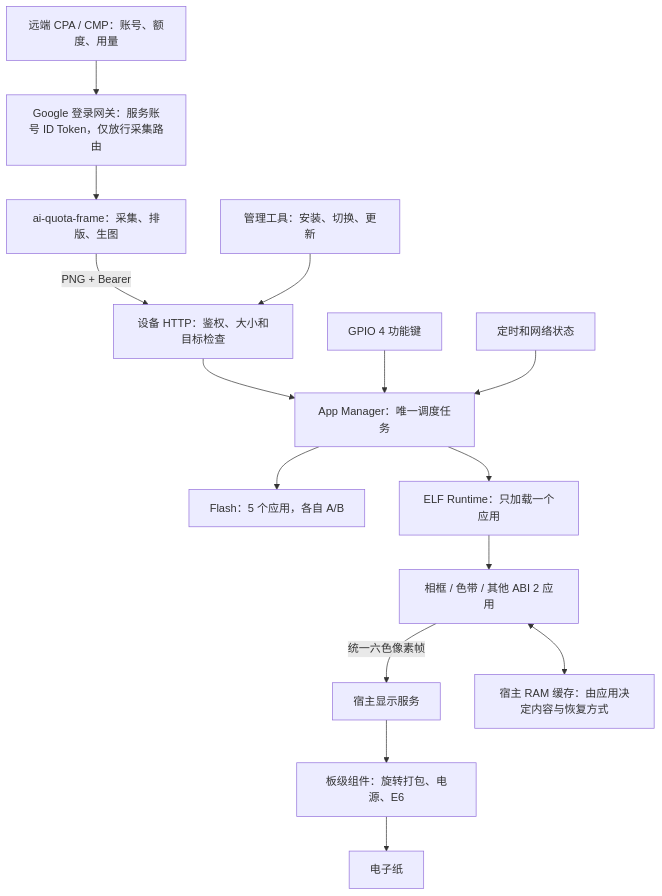
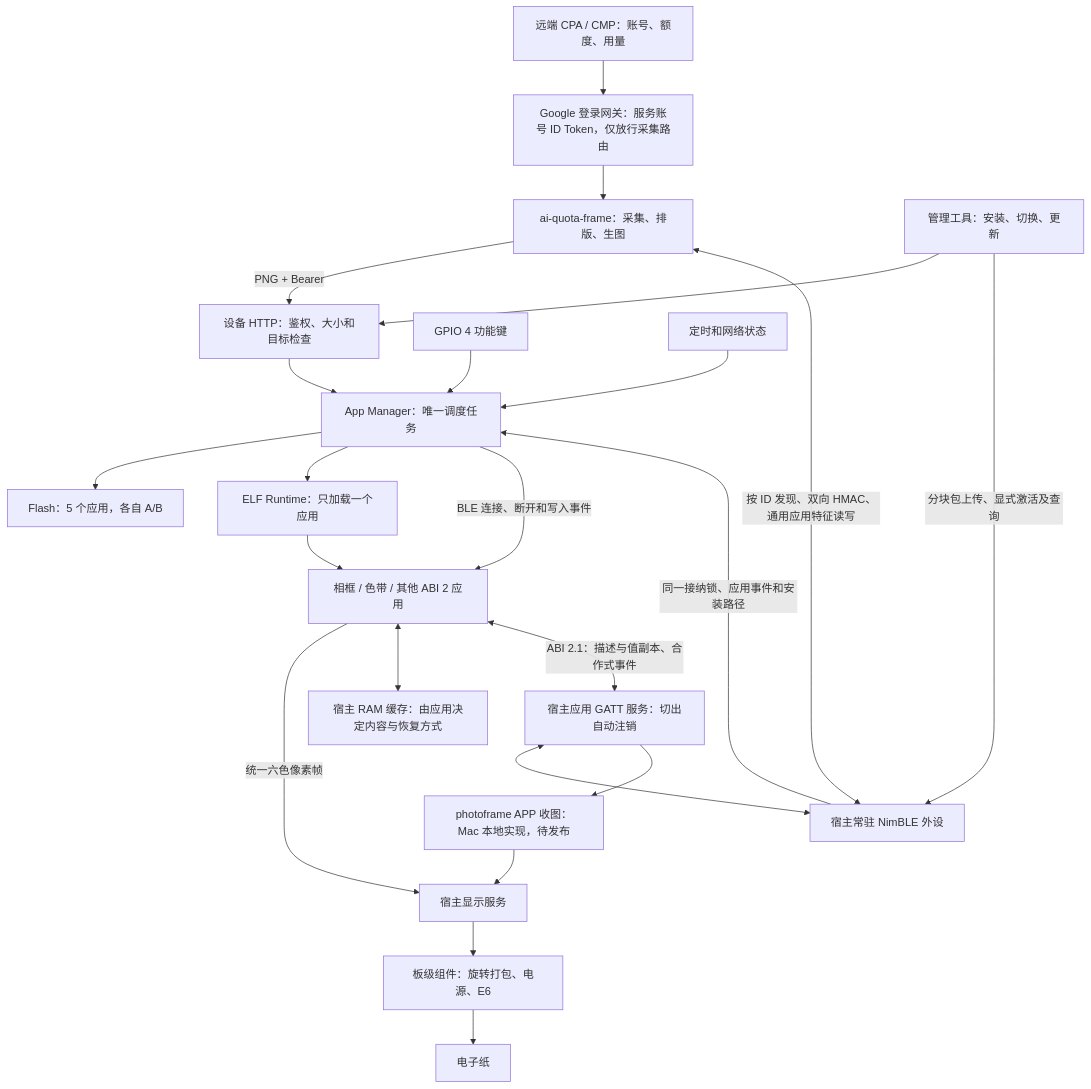
Before and after one commit to M1nt-Ch0c0/esp32s3: the first of 3 diagrams in ARCHITECTURE.md, drawn with Mermaid. The commit also changed other lines of this file and 21 other files, not shown here.

````diff
--- a/ARCHITECTURE.md
+++ b/ARCHITECTURE.md
@@ -18,17 +20,25 @@
 ```mermaid
 flowchart TB
     API[远端 CPA / CMP：账号、额度、用量] --> Gateway[Google 登录网关：服务账号 ID Token，仅放行采集路由]
     Gateway --> PC[ai-quota-frame：采集、排版、生图]
     PC -->|PNG + Bearer| HTTP[设备 HTTP：鉴权、大小和目标检查]
     CLI[管理工具：安装、切换、更新] --> HTTP
+    PC <-->|按 ID 发现、双向 HMAC、通用应用特征读写| BLE[宿主常驻 NimBLE 外设]
+    CLI -->|分块包上传、显式激活及查询| BLE
     HTTP --> Manager[App Manager：唯一调度任务]
+    BLE -->|同一接纳锁、应用事件和安装路径| Manager
     Key[GPIO 4 功能键] --> Manager
     Events[定时和网络状态] --> Manager
     Manager --> Catalog[Flash：5 个应用，各自 A/B]
     Manager --> Loader[ELF Runtime：只加载一个应用]
     Loader --> App[相框 / 色带 / 其他 ABI 2 应用]
     App -->|统一六色像素帧| Services[宿主显示服务]
     Services --> Board[板级组件：旋转打包、电源、E6]
     Board --> Panel[电子纸]
     App <--> Cache[宿主 RAM 缓存：由应用决定内容与恢复方式]
+    App <-->|ABI 2.1：描述与值副本、合作式事件| AppBLE[宿主应用 GATT 服务：切出自动注销]
+    AppBLE <--> BLE
+    AppBLE --> AppRx[photoframe APP 收图：Mac 本地实现，待发布]
+    AppRx --> Services
+    Manager -->|BLE 连接、断开和写入事件| App
 ```
````
